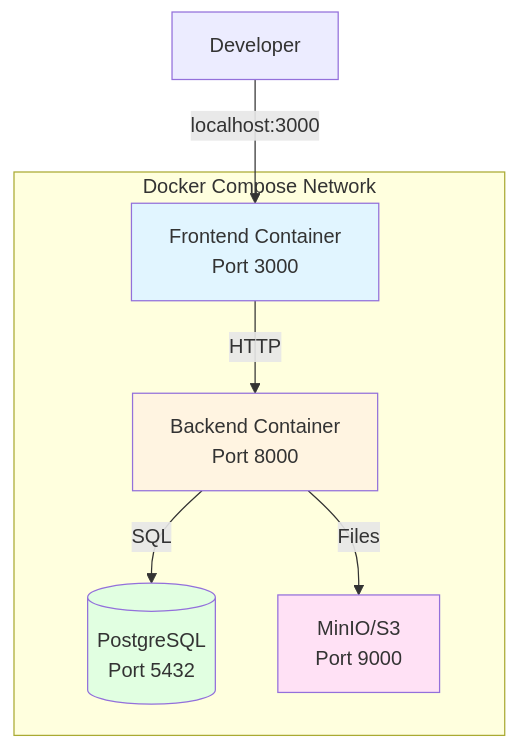
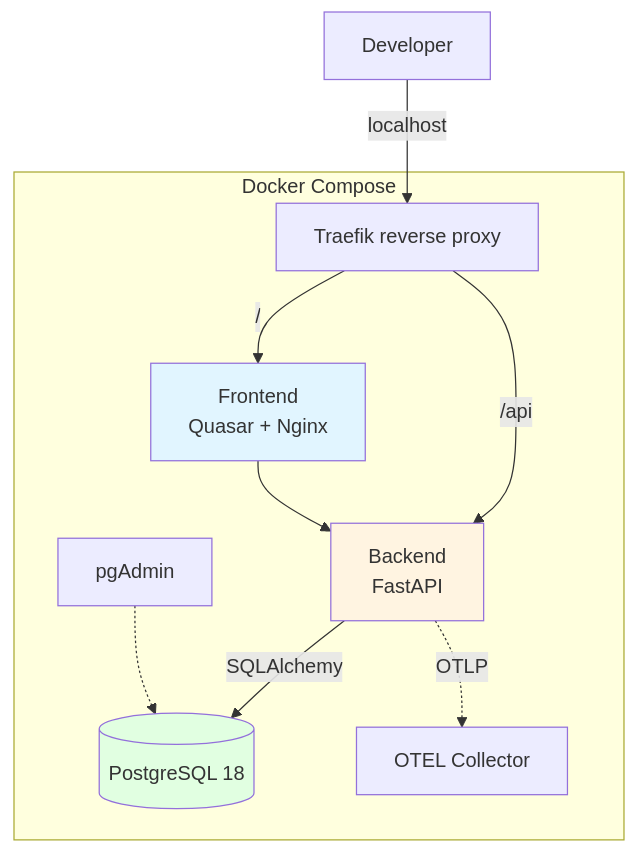
Before and after one commit to EPFL-ENAC/co2-calculator: the first of 3 diagrams in docs/src/architecture/11-deployment-topology.md, drawn with Mermaid. The commit also changed other lines of this file and 5 other files, not shown here.

````diff
--- a/docs/src/architecture/11-deployment-topology.md
+++ b/docs/src/architecture/11-deployment-topology.md
@@ -11,20 +19,24 @@
 ```mermaid
 graph TB
-    subgraph "Docker Compose Network"
-        Frontend[Frontend Container<br/>Port 3000]
-        Backend[Backend Container<br/>Port 8000]
-        DB[(PostgreSQL<br/>Port 5432)]
-        Storage[MinIO/S3<br/>Port 9000]
+    Dev[Developer] -->|localhost| Traefik
 
-        Frontend -->|HTTP| Backend
-        Backend -->|SQL| DB
-        Backend -->|Files| Storage
+    subgraph "Docker Compose"
+        Traefik[Traefik reverse proxy]
+        FE[Frontend<br/>Quasar + Nginx]
+        BE[Backend<br/>FastAPI]
+        DB[(PostgreSQL 18)]
+        PGA[pgAdmin]
+        OTEL[OTEL Collector]
+
+        Traefik -->|/| FE
+        Traefik -->|/api| BE
+        FE --> BE
+        BE -->|SQLAlchemy| DB
+        BE -.->|OTLP| OTEL
+        PGA -.-> DB
     end
 
-    User[Developer] -->|localhost:3000| Frontend
-
-    style Frontend fill:#e1f5ff
-    style Backend fill:#fff4e1
+    style FE fill:#e1f5ff
+    style BE fill:#fff4e1
     style DB fill:#e1ffe1
-    style Storage fill:#ffe1f5
 ```
````
